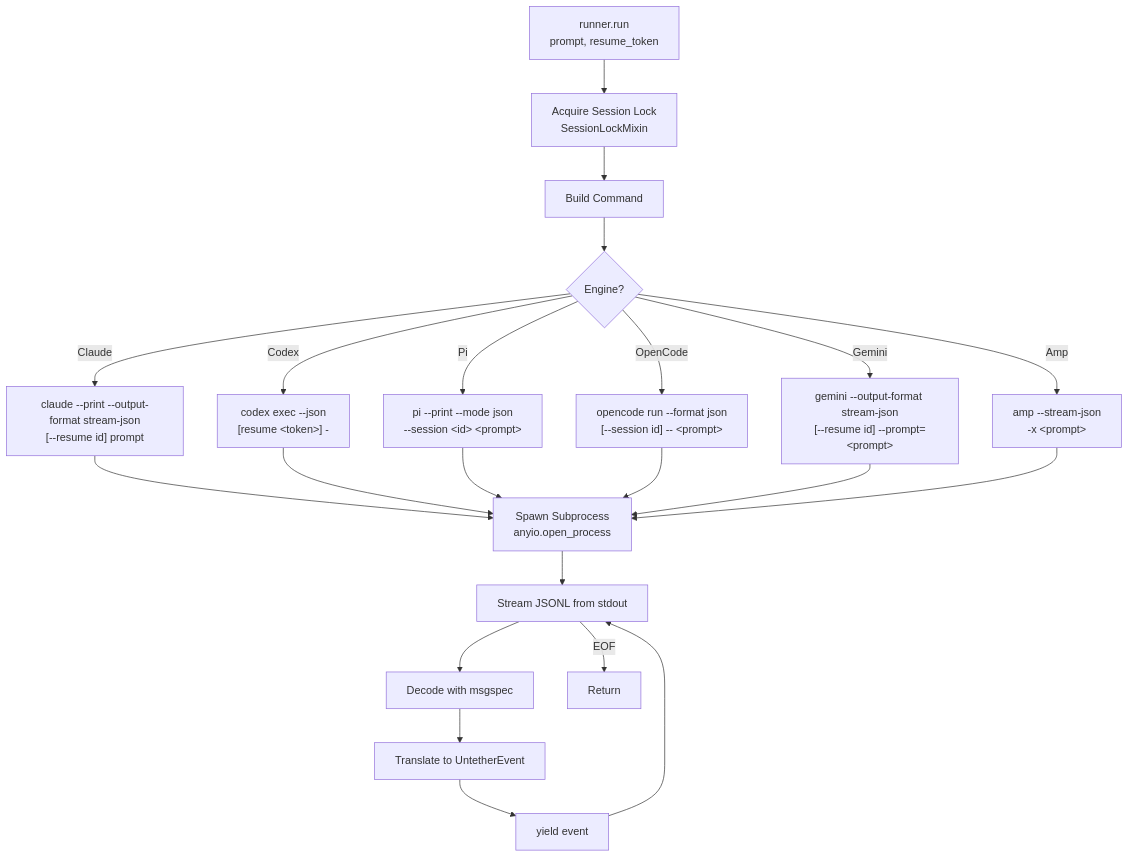
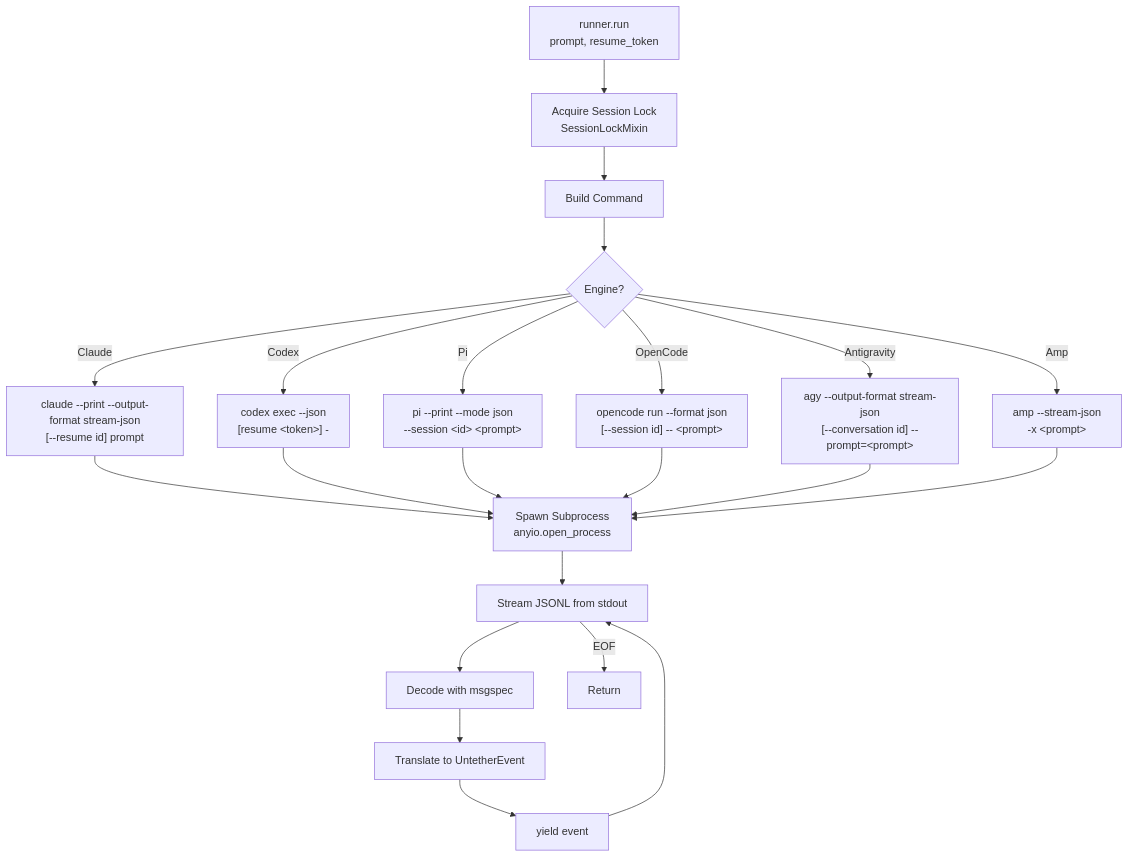
Before and after one commit to littlebearapps/untether: the fourth of 8 diagrams in docs/explanation/architecture.md, drawn with Mermaid. The commit also changed other lines of this file and 76 other files, not shown here.

````diff
--- a/docs/explanation/architecture.md
+++ b/docs/explanation/architecture.md
@@ -217,30 +217,30 @@
 ```mermaid
 flowchart TD
     A[runner.run\nprompt, resume_token] --> B[Acquire Session Lock<br/>SessionLockMixin]
 
     B --> C[Build Command]
 
     C --> D{Engine?}
     D -->|Claude| D1["claude --print --output-format stream-json<br/>[--resume id] prompt"]
     D -->|Codex| D2["codex exec --json<br/>[resume &lt;token&gt;] -"]
     D -->|Pi| D3["pi --print --mode json<br/>--session &lt;id&gt; &lt;prompt&gt;"]
     D -->|OpenCode| D4["opencode run --format json<br/>[--session id] -- &lt;prompt&gt;"]
-    D -->|Gemini| D5["gemini --output-format stream-json<br/>[--resume id] --prompt=&lt;prompt&gt;"]
+    D -->|Antigravity| D5["agy --output-format stream-json<br/>[--conversation id] --prompt=&lt;prompt&gt;"]
     D -->|Amp| D6["amp --stream-json<br/>-x &lt;prompt&gt;"]
 
     D1 --> E[Spawn Subprocess<br/>anyio.open_process]
     D2 --> E
     D3 --> E
     D4 --> E
     D5 --> E
     D6 --> E
 
     E --> F[Stream JSONL from stdout]
 
     F --> G[Decode with msgspec]
     G --> H[Translate to UntetherEvent]
     H --> I[yield event]
     I --> F
 
     F -->|EOF| J[Return]
 ```
````
